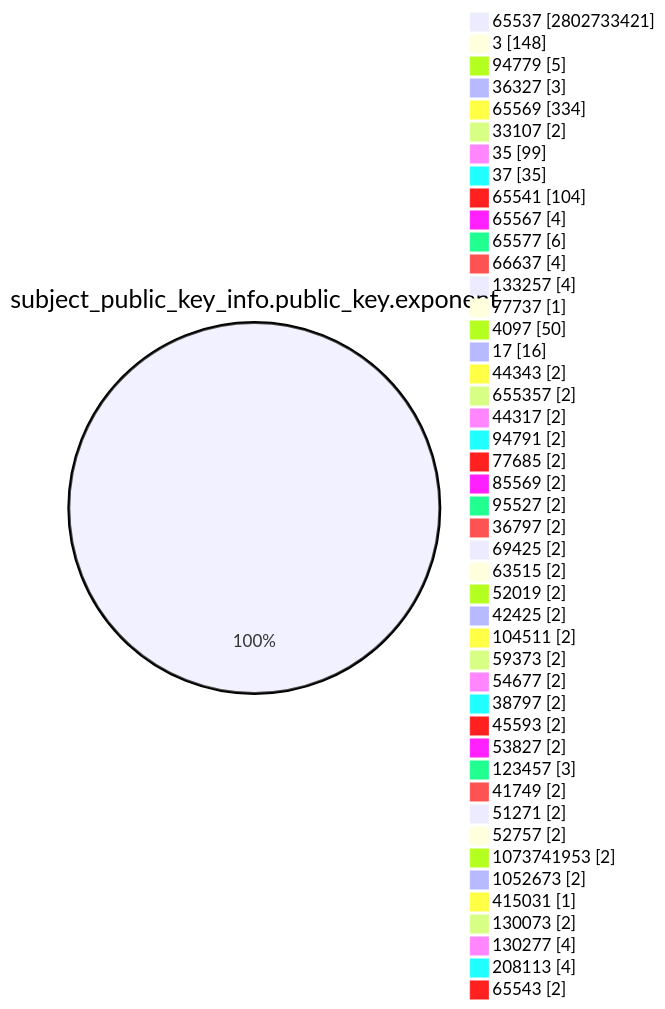
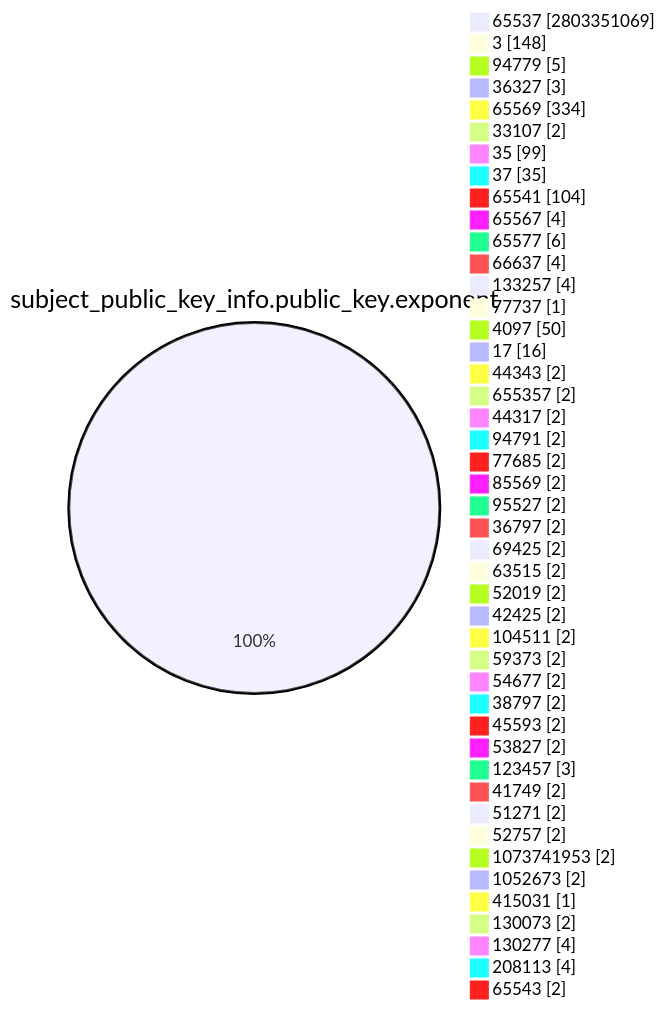
One commit to christiankrug/ctmonitor_visualization changed the fourth of 15 diagrams in TOTAL/README.md. Above: the diagram before and after it, drawn with Mermaid. The commit also changed other lines of this file, not shown here.

````diff
--- a/TOTAL/README.md
+++ b/TOTAL/README.md
@@ -1467,49 +1467,49 @@
 ```mermaid
 pie showData
 title subject_public_key_info.public_key.exponent
-"65537" :2802733421
+"65537" :2803351069
 "3" :148
 "94779" :5
 "36327" :3
 "65569" :334
 "33107" :2
 "35" :99
 "37" :35
 "65541" :104
 "65567" :4
 "65577" :6
 "66637" :4
 "133257" :4
 "77737" :1
 "4097" :50
 "17" :16
 "44343" :2
 "655357" :2
 "44317" :2
 "94791" :2
 "77685" :2
 "85569" :2
 "95527" :2
 "36797" :2
 "69425" :2
 "63515" :2
 "52019" :2
 "42425" :2
 "104511" :2
 "59373" :2
 "54677" :2
 "38797" :2
 "45593" :2
 "53827" :2
 "123457" :3
 "41749" :2
 "51271" :2
 "52757" :2
 "1073741953" :2
 "1052673" :2
 "415031" :1
 "130073" :2
 "130277" :4
 "208113" :4
 "65543" :2
 ```
````
